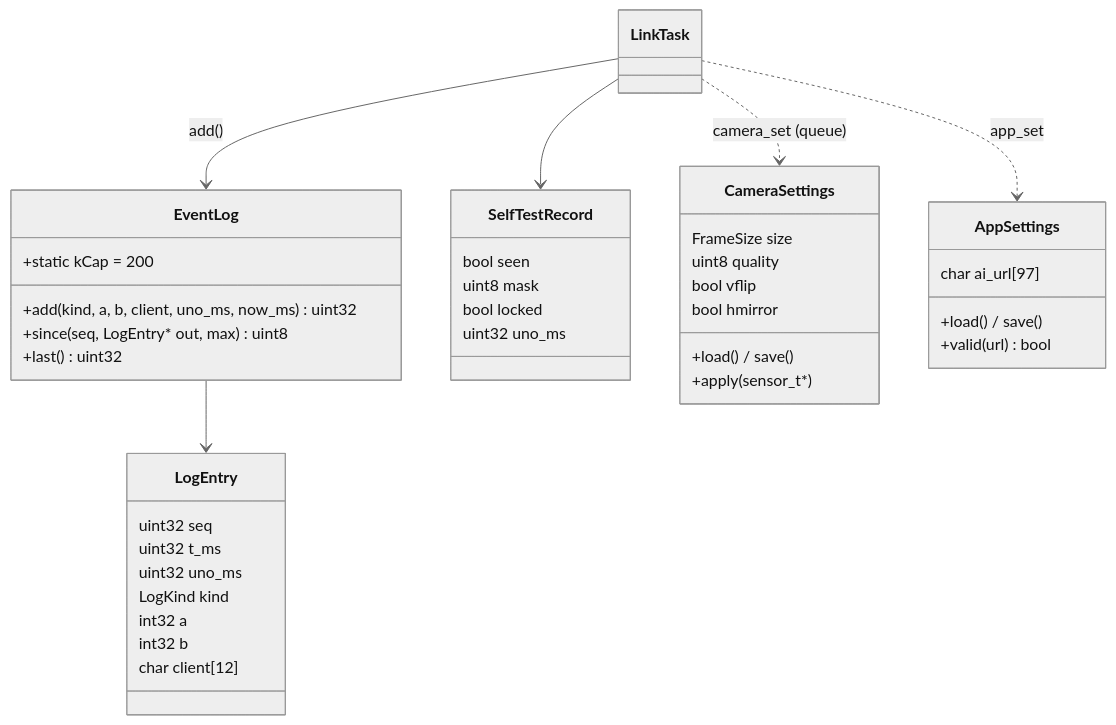
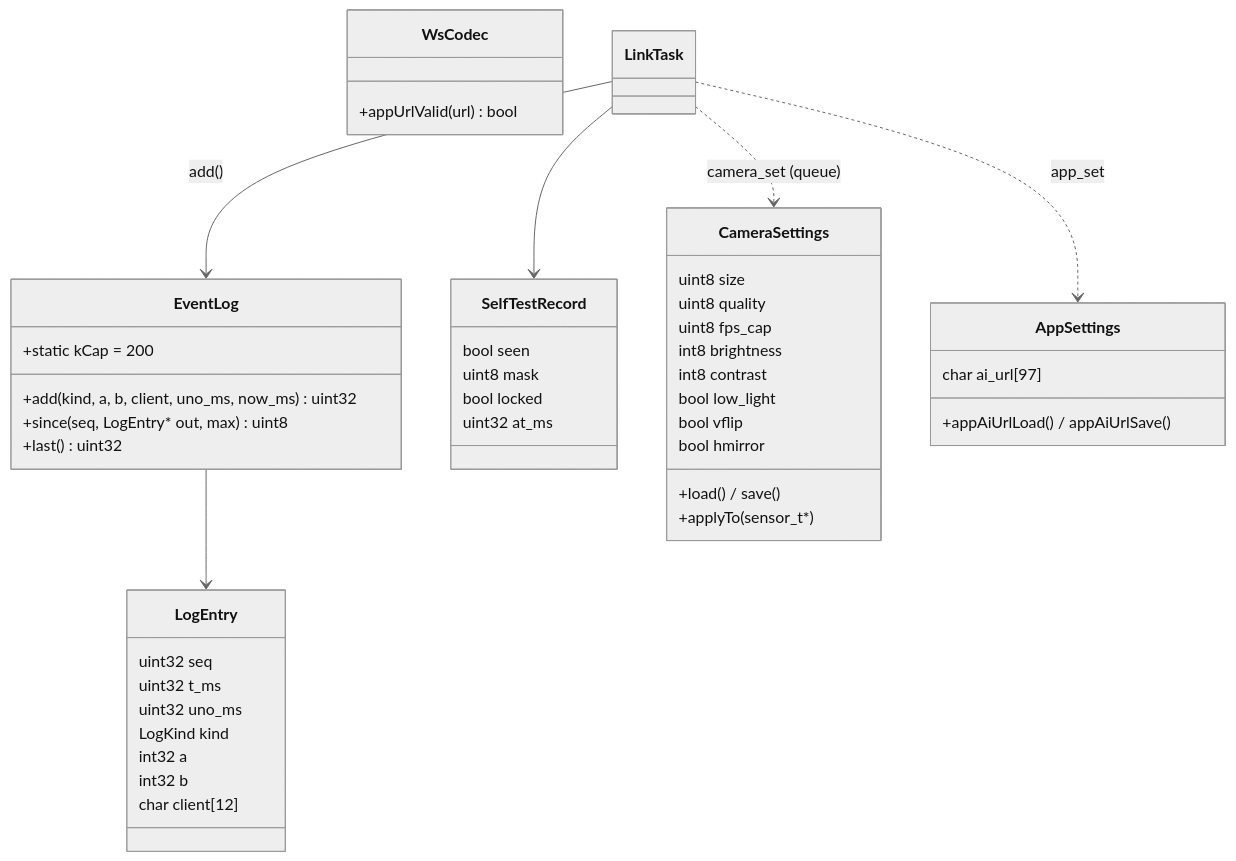
Diagram 42 of 46 in docs/lld/esp32-bridge-lld.md (mannuray/conqueror), drawn with Mermaid (neutral theme) before and after one commit. The commit also changed other lines of this file and 1 other file, not shown here.

Commit message:
docs: bridge LLD R13.7 as built and Uno Lite §21 brought in line with the code (design-notes §97 fix 5)

````diff
--- a/docs/lld/esp32-bridge-lld.md
+++ b/docs/lld/esp32-bridge-lld.md
@@ -1681,42 +1681,48 @@
 ```mermaid
 classDiagram
   class EventLog {
     +static kCap = 200
     +add(kind, a, b, client, uno_ms, now_ms) uint32
     +since(seq, LogEntry* out, max) uint8
     +last() uint32
   }
   class LogEntry {
     uint32 seq
     uint32 t_ms
     uint32 uno_ms
     LogKind kind
     int32 a
     int32 b
     char client[12]
   }
   class SelfTestRecord {
     bool seen
     uint8 mask
     bool locked
-    uint32 uno_ms
+    uint32 at_ms
   }
   class CameraSettings {
-    FrameSize size
+    uint8 size
     uint8 quality
+    uint8 fps_cap
+    int8 brightness
+    int8 contrast
+    bool low_light
     bool vflip
     bool hmirror
     +load() / save()
-    +apply(sensor_t*)
+    +applyTo(sensor_t*)
   }
   class AppSettings {
     char ai_url[97]
-    +load() / save()
-    +valid(url) bool
+    +appAiUrlLoad() / appAiUrlSave()
+  }
+  class WsCodec {
+    +appUrlValid(url) bool
   }
   EventLog --> LogEntry
   LinkTask --> EventLog : add()
   LinkTask --> SelfTestRecord
   LinkTask ..> CameraSettings : camera_set (queue)
   LinkTask ..> AppSettings : app_set
 ```
````
